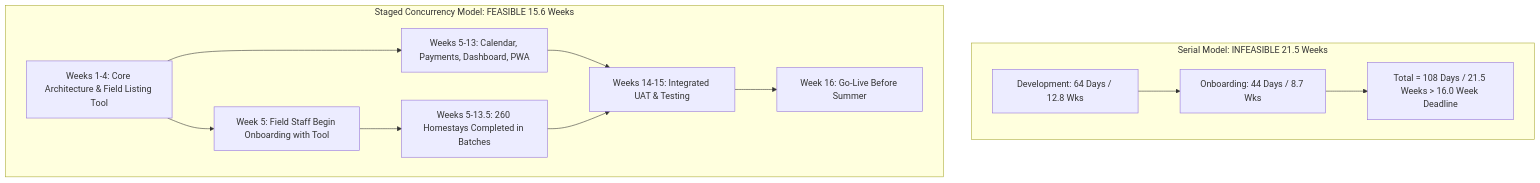
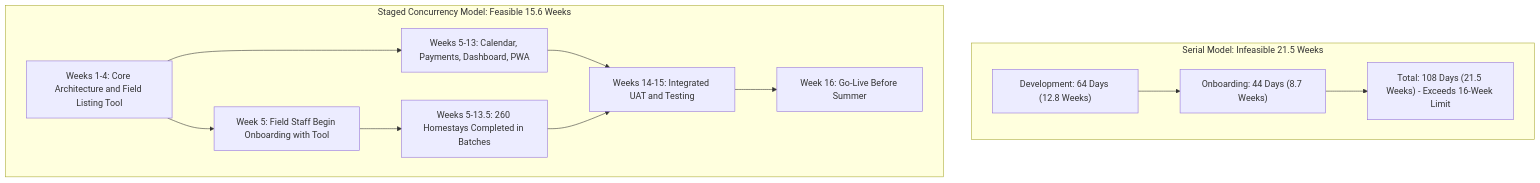
One commit to MSB-io/HomeStay changed the first of 2 diagrams in docs/04_Estimation_Sheet.md. Above: the diagram before and after it, drawn with Mermaid. The commit also changed other lines of this file and 4 other files, not shown here.

Commit message:
Fix(mermaid): resolve GitHub rendering error 'Cannot read properties of undefined (reading type)' in Gantt and network diagrams

````diff
--- a/docs/04_Estimation_Sheet.md
+++ b/docs/04_Estimation_Sheet.md
@@ -78,16 +78,16 @@
 ```mermaid
 graph TD
-    subgraph Serial Model: INFEASIBLE 21.5 Weeks
-        DevSerial[Development: 64 Days / 12.8 Wks] --> OnboardSerial[Onboarding: 44 Days / 8.7 Wks]
-        OnboardSerial --> TotalSerial[Total = 108 Days / 21.5 Weeks > 16.0 Week Deadline]
+    subgraph SerialModel ["Serial Model: Infeasible 21.5 Weeks"]
+        DevSerial["Development: 64 Days (12.8 Weeks)"] --> OnboardSerial["Onboarding: 44 Days (8.7 Weeks)"]
+        OnboardSerial --> TotalSerial["Total: 108 Days (21.5 Weeks) - Exceeds 16-Week Limit"]
     end
 
-    subgraph Staged Concurrency Model: FEASIBLE 15.6 Weeks
-        DevCore[Weeks 1-4: Core Architecture & Field Listing Tool] --> FieldStart[Week 5: Field Staff Begin Onboarding with Tool]
-        DevCore --> DevRest[Weeks 5-13: Calendar, Payments, Dashboard, PWA]
-        FieldStart --> FieldEnd[Weeks 5-13.5: 260 Homestays Completed in Batches]
-        DevRest --> UAT[Weeks 14-15: Integrated UAT & Testing]
+    subgraph StagedModel ["Staged Concurrency Model: Feasible 15.6 Weeks"]
+        DevCore["Weeks 1-4: Core Architecture and Field Listing Tool"] --> FieldStart["Week 5: Field Staff Begin Onboarding with Tool"]
+        DevCore --> DevRest["Weeks 5-13: Calendar, Payments, Dashboard, PWA"]
+        FieldStart --> FieldEnd["Weeks 5-13.5: 260 Homestays Completed in Batches"]
+        DevRest --> UAT["Weeks 14-15: Integrated UAT and Testing"]
         FieldEnd --> UAT
-        UAT --> Launch[Week 16: Go-Live Before Summer]
+        UAT --> Launch["Week 16: Go-Live Before Summer"]
     end
 ```
````
